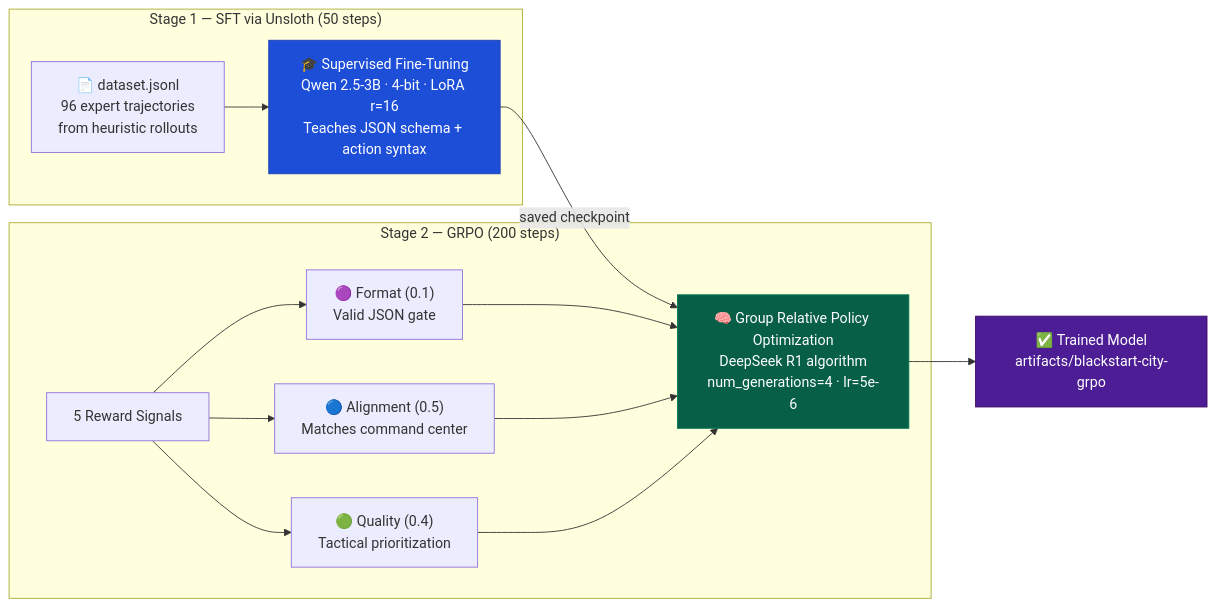
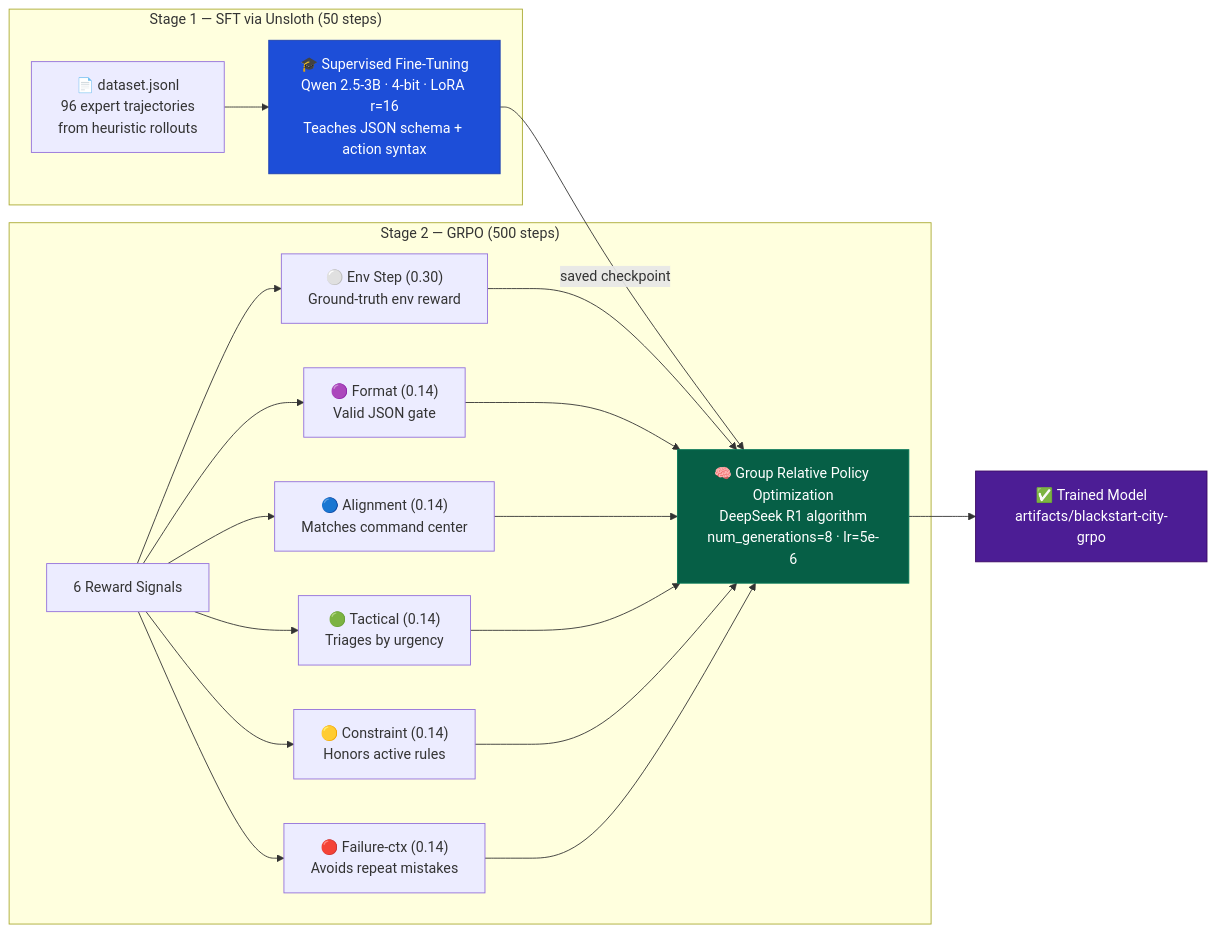
One commit to Ankitpatil944/blackout-city changed the fifth of 6 diagrams in README.md. Above: the diagram before and after it, drawn with Mermaid. The commit also changed other lines of this file and 11 other files, not shown here.

````diff
--- a/README.md
+++ b/README.md
@@ -264,31 +264,40 @@
 ```mermaid
 flowchart LR
     subgraph STAGE1 ["Stage 1 — SFT via Unsloth (50 steps)"]
         D1["📄 dataset.jsonl<br/>96 expert trajectories<br/>from heuristic rollouts"]
         SFT["🎓 Supervised Fine-Tuning<br/>Qwen 2.5-3B · 4-bit · LoRA r=16<br/>Teaches JSON schema + action syntax"]
     end
 
-    subgraph STAGE2 ["Stage 2 — GRPO (200 steps)"]
-        D2["5 Reward Signals"]
-        GRPO["🧠 Group Relative Policy Optimization<br/>DeepSeek R1 algorithm<br/>num_generations=4 · lr=5e-6"]
-        
-        R1["🟣 Format (0.1)<br/>Valid JSON gate"]
-        R2["🔵 Alignment (0.5)<br/>Matches command center"]
-        R3["🟢 Quality (0.4)<br/>Tactical prioritization"]
+    subgraph STAGE2 ["Stage 2 — GRPO (500 steps)"]
+        D2["6 Reward Signals"]
+        GRPO["🧠 Group Relative Policy Optimization<br/>DeepSeek R1 algorithm<br/>num_generations=8 · lr=5e-6"]
+
+        R0["⚪ Env Step (0.30)<br/>Ground-truth env reward"]
+        R1["🟣 Format (0.14)<br/>Valid JSON gate"]
+        R2["🔵 Alignment (0.14)<br/>Matches command center"]
+        R3["🟢 Tactical (0.14)<br/>Triages by urgency"]
+        R4["🟡 Constraint (0.14)<br/>Honors active rules"]
+        R5["🔴 Failure-ctx (0.14)<br/>Avoids repeat mistakes"]
     end
 
     D1 --> SFT
     SFT -->|"saved checkpoint"| GRPO
+    D2 --> R0
     D2 --> R1
     D2 --> R2
     D2 --> R3
+    D2 --> R4
+    D2 --> R5
+    R0 --> GRPO
     R1 --> GRPO
     R2 --> GRPO
     R3 --> GRPO
+    R4 --> GRPO
+    R5 --> GRPO
 
     GRPO --> MODEL["✅ Trained Model<br/>artifacts/blackstart-city-grpo"]
 
     style SFT fill:#1d4ed8,color:#fff,stroke:#1e40af
     style GRPO fill:#065f46,color:#fff,stroke:#047857
     style MODEL fill:#4c1d95,color:#fff,stroke:#3b0764
 ```
````
